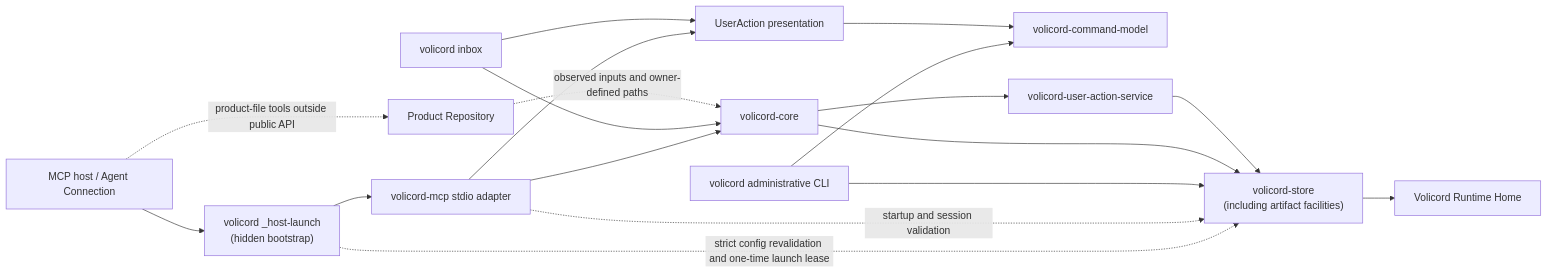
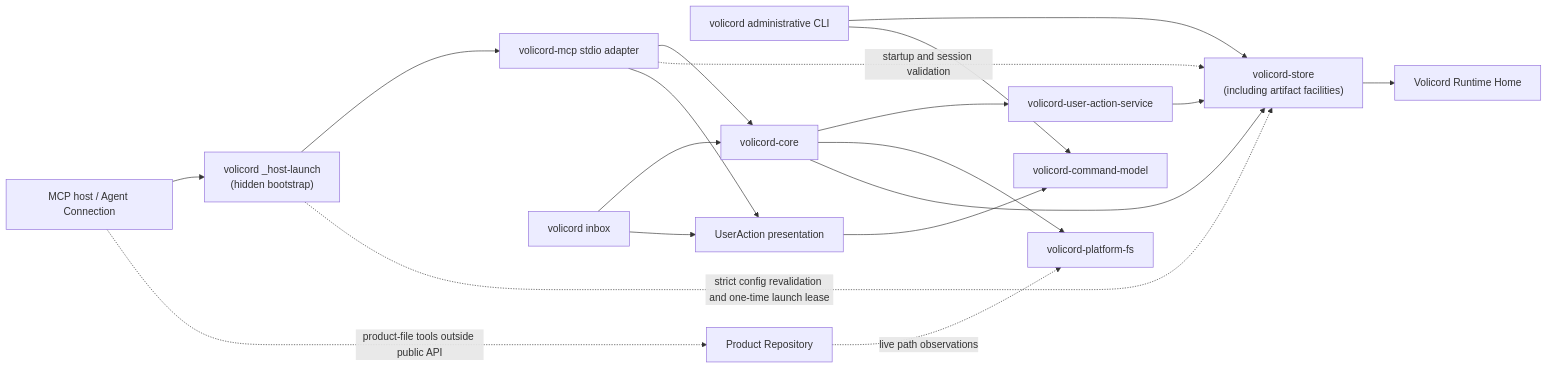
One commit to minjungw00/Volicord changed the diagram in docs/en/architecture-guide/architecture.md. Above: the diagram before and after it, drawn with Mermaid. The commit also changed other lines of this file and 45 other files, not shown here.

Commit message:
refactor: enforce platform ownership of product path observation

````diff
--- a/docs/en/architecture-guide/architecture.md
+++ b/docs/en/architecture-guide/architecture.md
@@ -33,31 +33,33 @@
 ```mermaid
 flowchart LR
   host["MCP host / Agent Connection"]
   launcher["volicord _host-launch<br/>(hidden bootstrap)"]
   mcp["volicord-mcp stdio adapter"]
   cli["volicord administrative CLI"]
   inbox["volicord inbox"]
   syntax["volicord-command-model"]
   presentation["UserAction presentation"]
   core["volicord-core"]
   action_service["volicord-user-action-service"]
+  platform_fs["volicord-platform-fs"]
   store["volicord-store<br/>(including artifact facilities)"]
   runtime["Volicord Runtime Home"]
   product["Product Repository"]
 
   host --> launcher --> mcp --> core
   launcher -. strict config revalidation and one-time launch lease .-> store
   mcp -. startup and session validation .-> store
   mcp --> presentation
   cli --> store
   cli --> syntax
   inbox --> core
   inbox --> presentation
   presentation --> syntax
   core --> action_service
+  core --> platform_fs
   core --> store
   action_service --> store
   store --> runtime
-  product -. observed inputs and owner-defined paths .-> core
+  product -. live path observations .-> platform_fs
   host -. product-file tools outside public API .-> product
 ```
````
